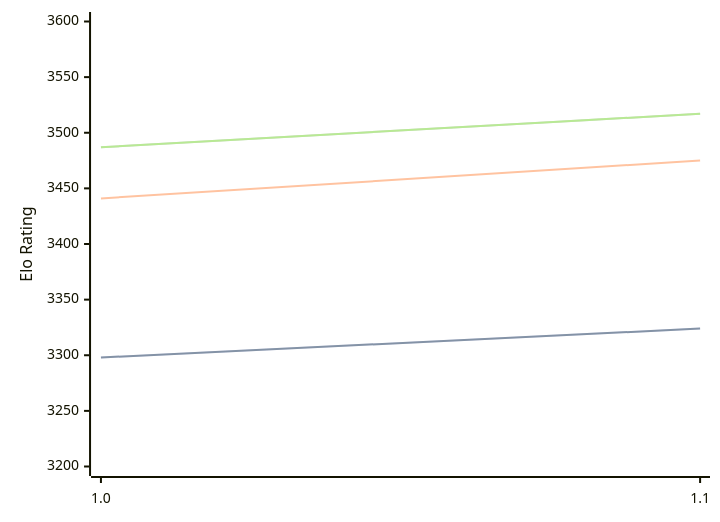
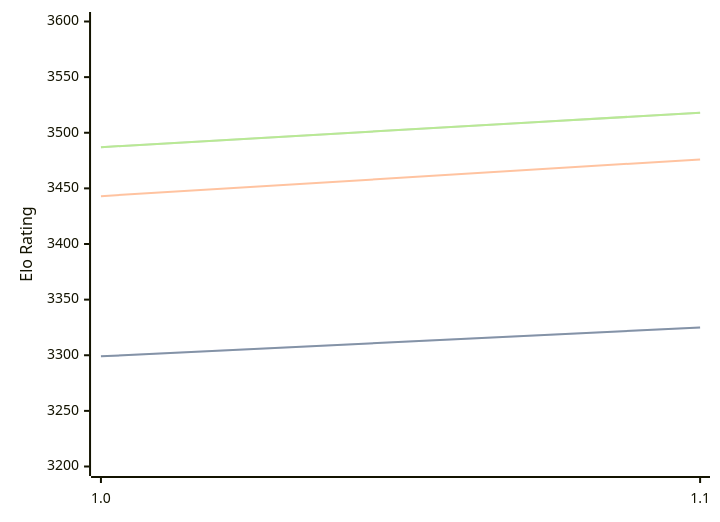
One commit to computer-chess-index/cci changed the third of 3 diagrams in engines/Icarus.md. Above: the diagram before and after it, drawn with Mermaid. The commit also changed other lines of this file, not shown here.

Commit message:
Update CCI Ratings (ELO VLTC) - 2026-06-23

````diff
--- a/engines/Icarus.md
+++ b/engines/Icarus.md
@@ -65,11 +65,11 @@
 ```mermaid
 %%{init: {"theme":"base","themeVariables":{"seriesColors:['#a3a3a3','#222221','#faa371']}}}%%
 xychart-beta
   x-axis ["1.0", "1.1"]
   y-axis "Elo Rating" 3200 --> 3600
-  line "STC (8.0+0.08s)" [3298, 3324]
-  line "STC (8.0+0.08s)" [3298, 3324]
-  line "LTC (60.0+0.60s)" [3441, 3475]
-  line "VLTC (2m24s+1.12s)" [3487, 3517]
-  line "VLTC (2m24s+1.12s)" [3487, 3517]
+  line "STC (8.0+0.08s)" [3299, 3325]
+  line "STC (8.0+0.08s)" [3299, 3325]
+  line "LTC (60.0+0.60s)" [3443, 3476]
+  line "VLTC (2m24s+1.12s)" [3487, 3518]
+  line "VLTC (2m24s+1.12s)" [3487, 3518]
 ```
````
